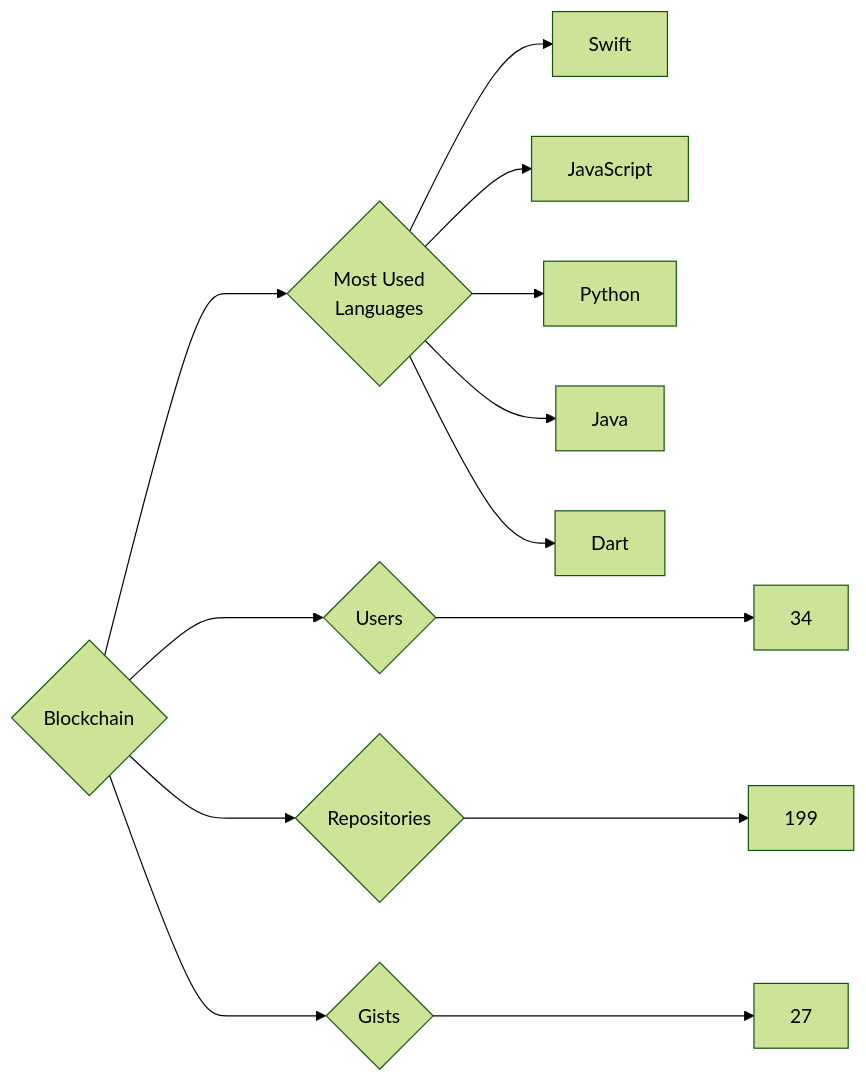
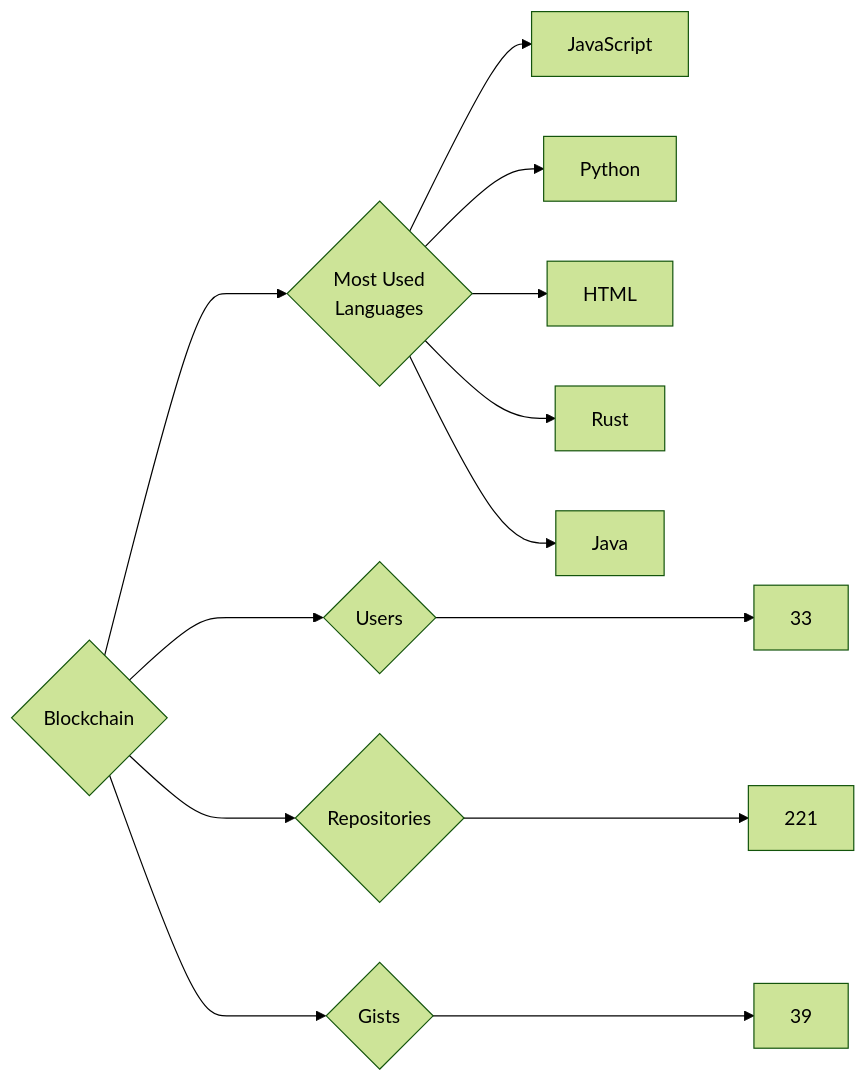
Before and after one commit to trickest/insiders: the diagram in targets/Blockchain/README.md, drawn with Mermaid (forest theme). The commit also changed 786 other files, not shown here.

````diff
--- a/targets/Blockchain/README.md
+++ b/targets/Blockchain/README.md
@@ -3,13 +3,13 @@
 ```mermaid
 graph LR
 COMPANY_NAME{Blockchain}
-COMPANY_NAME ---> U{Users} ---> UN[34]
-COMPANY_NAME ---> R{Repositories} ---> RN[199]
-COMPANY_NAME ---> G{Gists} ---> GN[27]
+COMPANY_NAME ---> U{Users} ---> UN[33]
+COMPANY_NAME ---> R{Repositories} ---> RN[221]
+COMPANY_NAME ---> G{Gists} ---> GN[39]
 COMPANY_NAME ---> ML{Most Used<br>Languages}
-ML --> Swift[Swift]
 ML --> JavaScript[JavaScript]
 ML --> Python[Python]
+ML --> HTML[HTML]
+ML --> Rust[Rust]
 ML --> Java[Java]
-ML --> Dart[Dart]
 ```
````
